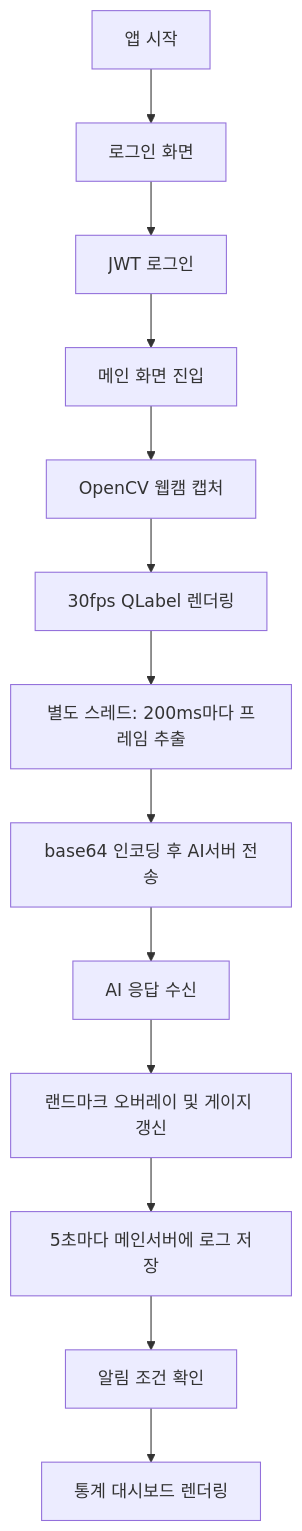
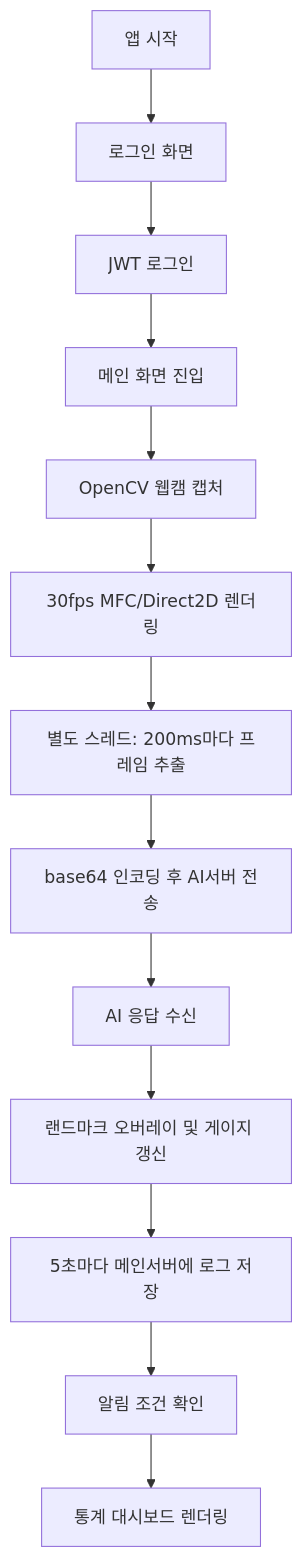
Before and after one commit to taehyunny/StudySync: the fourth of 4 diagrams in docs/project/[4조] StudySync 순서도.md, drawn with Mermaid. The commit also changed 82 other files, not shown here.

Commit message:
Build MFC client architecture pipeline

````diff
--- a/docs/project/[4조] StudySync 순서도.md
+++ b/docs/project/[4조] StudySync 순서도.md
@@ -57,15 +57,15 @@
 ```mermaid
 flowchart TD
     A["앱 시작"] --> B["로그인 화면"]
     B --> C["JWT 로그인"]
     C --> D["메인 화면 진입"]
     D --> E["OpenCV 웹캠 캡처"]
-    E --> F["30fps QLabel 렌더링"]
+    E --> F["30fps MFC/Direct2D 렌더링"]
     F --> G["별도 스레드: 200ms마다 프레임 추출"]
     G --> H["base64 인코딩 후 AI서버 전송"]
     H --> I["AI 응답 수신"]
     I --> J["랜드마크 오버레이 및 게이지 갱신"]
     J --> K["5초마다 메인서버에 로그 저장"]
     K --> L["알림 조건 확인"]
     L --> M["통계 대시보드 렌더링"]
 ```
````
